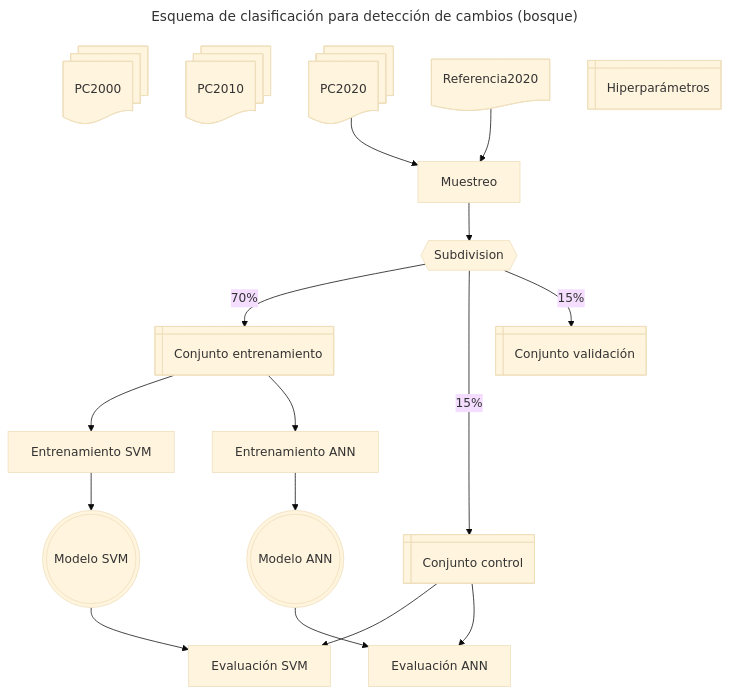
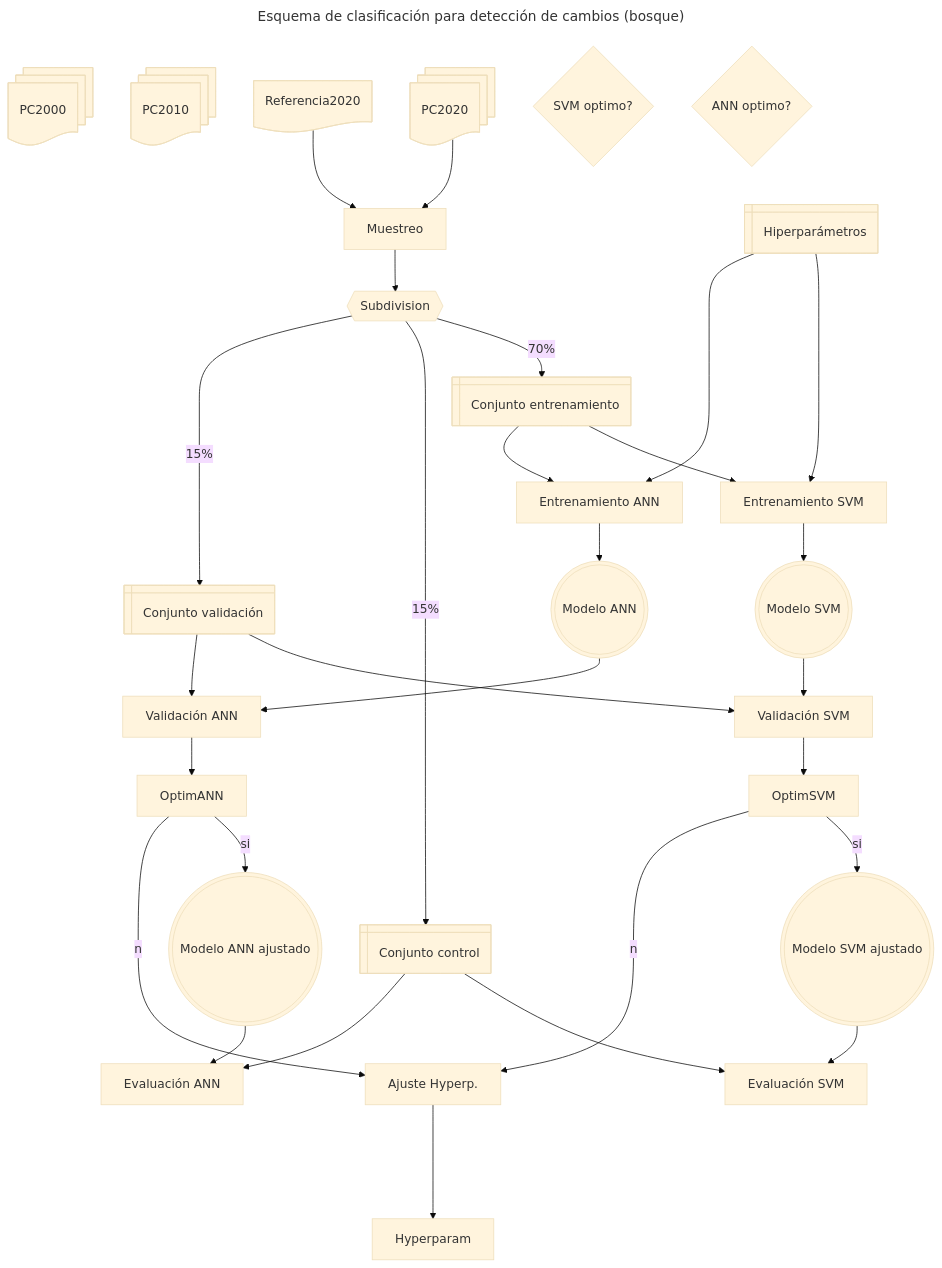
Before and after one commit to vshalisko/GEE: the diagram in ANPs/Esquema_clasificacion.mermaid, drawn with Mermaid (base theme). The commit also changed other lines of this file, not shown here.

```diff
--- a/ANPs/Esquema_clasificacion.mermaid
+++ b/ANPs/Esquema_clasificacion.mermaid
@@ -1,38 +1,57 @@
 ---
 title: Esquema de clasificación para detección de cambios (bosque)
 ---
 flowchart TD
     PC2000@{ shape: docs, label: PC2000}
     PC2010@{ shape: docs, label: PC2010}
     PC2020@{ shape: docs, label: PC2020}
     Ref2020@{ shape: doc, label: Referencia2020}
     Muestreo@{ shape: proc, label: Muestreo}
     Subset@{ shape: hex, label: Subdivision}
     Train2020@{ shape: win-pane, label: Conjunto entrenamiento}
     Test2020@{ shape: win-pane, label: Conjunto control}
     Valid2020@{ shape: win-pane, label: Conjunto validación}
 
     Hiperparam@{ shape: win-pane, label: Hiperparámetros}
     TrainSVM@{ shape: proc, label: Entrenamiento SVM}
     TrainANN@{ shape: proc, label: Entrenamiento ANN}
     ModeloSVM@{ shape: double-circle, label: Modelo SVM}
     ModeloANN@{ shape: double-circle, label: Modelo ANN}
+    ModeloSVMok@{ shape: double-circle, label: Modelo SVM ajustado}
+    ModeloANNok@{ shape: double-circle, label: Modelo ANN ajustado}
+    ValidSVM@{ shape: proc, label: Validación SVM}
+    ValidANN@{ shape: proc, label: Validación ANN}
+    OptimoSVM@{ shape: diam, label: SVM optimo?}
+    OptimoANN@{ shape: diam, label: ANN optimo?}
     ControlSVM@{ shape: proc, label: Evaluación SVM}
     ControlANN@{ shape: proc, label: Evaluación ANN}
-
+    AjusteHyp@{ shape: proc, label: Ajuste Hyperp.}
 
     PC2020 --> Muestreo
     Ref2020 --> Muestreo
     Muestreo --> Subset
     Subset --70%--> Train2020
     Subset --15%--> Test2020
     Subset --15%--> Valid2020
 
+    Hiperparam ----> TrainSVM
+    Hiperparam ----> TrainANN
     Train2020 --> TrainSVM
     Train2020 --> TrainANN
     TrainSVM --> ModeloSVM
     TrainANN --> ModeloANN
-    ModeloSVM --> ControlSVM
-    ModeloANN --> ControlANN
+    ModeloSVM --> ValidSVM
+    ModeloANN --> ValidANN
+    Valid2020 --> ValidSVM
+    Valid2020 --> ValidANN
+    ValidSVM --> OptimSVM
+    ValidANN --> OptimANN
+    OptimSVM --si--> ModeloSVMok
+    OptimANN --si--> ModeloANNok
+    OptimSVM --no--> AjusteHyp
+    OptimANN --no--> AjusteHyp
+    AjusteHyp ----> Hyperparam
+    ModeloSVMok --> ControlSVM
+    ModeloANNok --> ControlANN
     Test2020 --> ControlSVM
     Test2020 --> ControlANN
```
